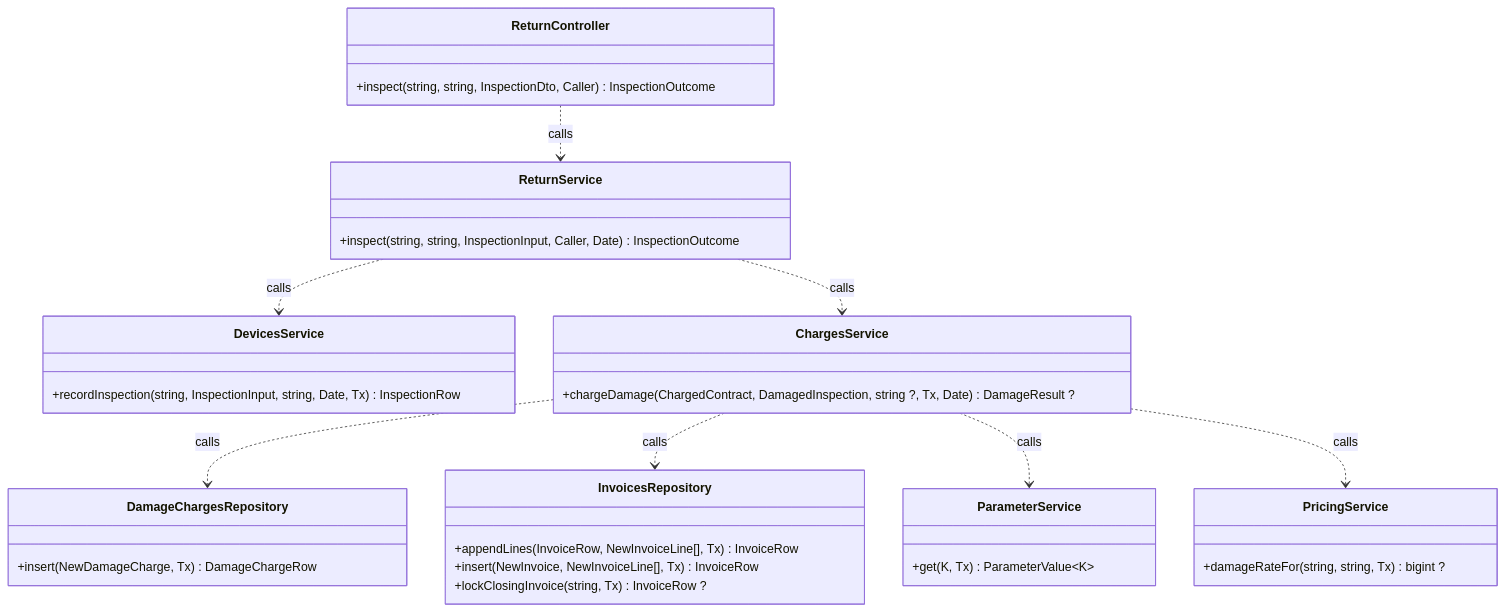
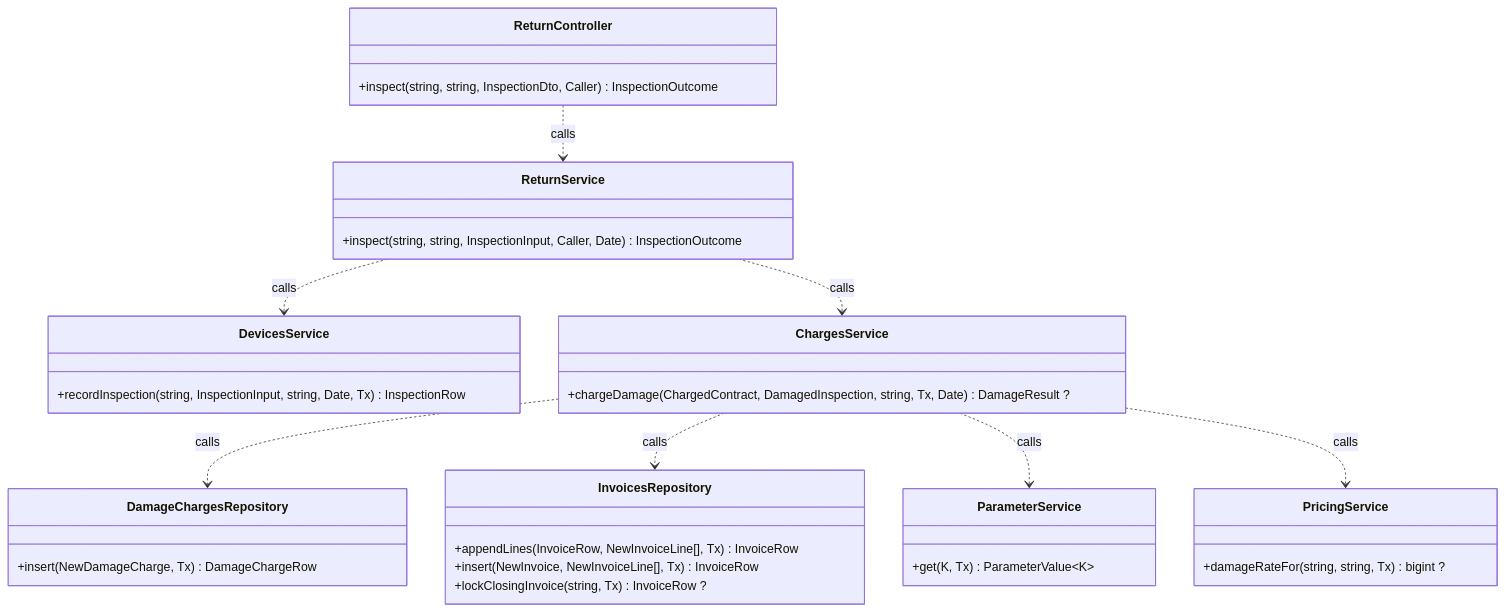
Before and after one commit to TrekLink-Team/treklink-web: the ninth of 17 diagrams in specs/billing/design.md, drawn with Mermaid. The commit also changed other lines of this file and 34 other files, not shown here.

First line of the commit message:
feat(TK-161): damage charge decision on the charge's own contract and inspector (UC-48, D-081)

````diff
--- a/specs/billing/design.md
+++ b/specs/billing/design.md
@@ -370,37 +386,37 @@
 ```mermaid
 classDiagram
     direction TB
     class ReturnController {
         +inspect(string, string, InspectionDto, Caller) InspectionOutcome
     }
     class ReturnService {
         +inspect(string, string, InspectionInput, Caller, Date) InspectionOutcome
     }
     class DevicesService {
         +recordInspection(string, InspectionInput, string, Date, Tx) InspectionRow
     }
     class ChargesService {
-        +chargeDamage(ChargedContract, DamagedInspection, string ?, Tx, Date) DamageResult ?
+        +chargeDamage(ChargedContract, DamagedInspection, string, Tx, Date) DamageResult ?
     }
     class PricingService {
         +damageRateFor(string, string, Tx) bigint ?
     }
     class ParameterService {
         +get(K, Tx) ParameterValue~K~
     }
     class DamageChargesRepository {
         +insert(NewDamageCharge, Tx) DamageChargeRow
     }
     class InvoicesRepository {
         +appendLines(InvoiceRow, NewInvoiceLine[], Tx) InvoiceRow
         +insert(NewInvoice, NewInvoiceLine[], Tx) InvoiceRow
         +lockClosingInvoice(string, Tx) InvoiceRow ?
     }
     ChargesService ..> DamageChargesRepository : calls
     ChargesService ..> InvoicesRepository : calls
     ChargesService ..> ParameterService : calls
     ChargesService ..> PricingService : calls
     ReturnController ..> ReturnService : calls
     ReturnService ..> ChargesService : calls
     ReturnService ..> DevicesService : calls
 ```
````
